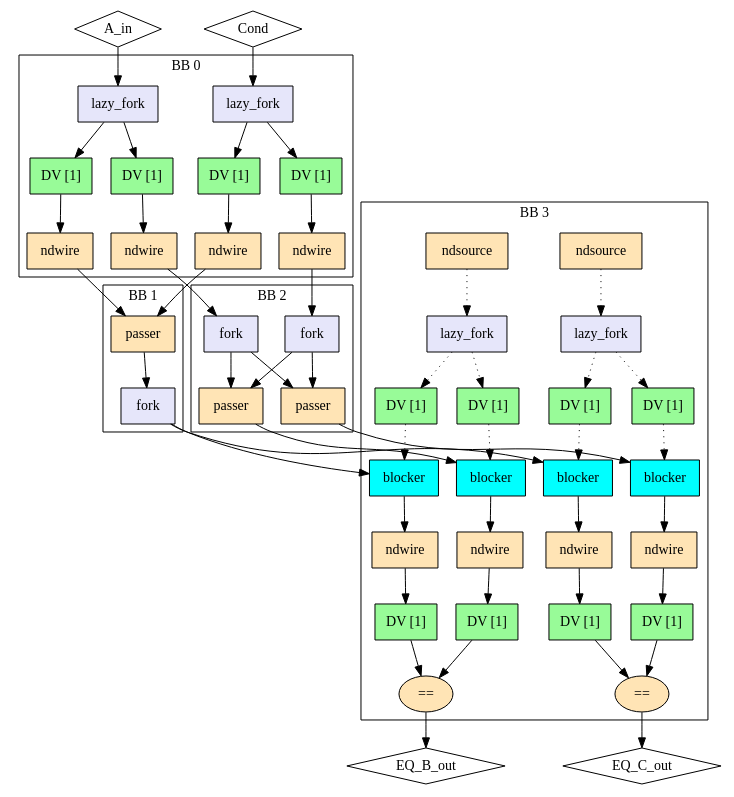
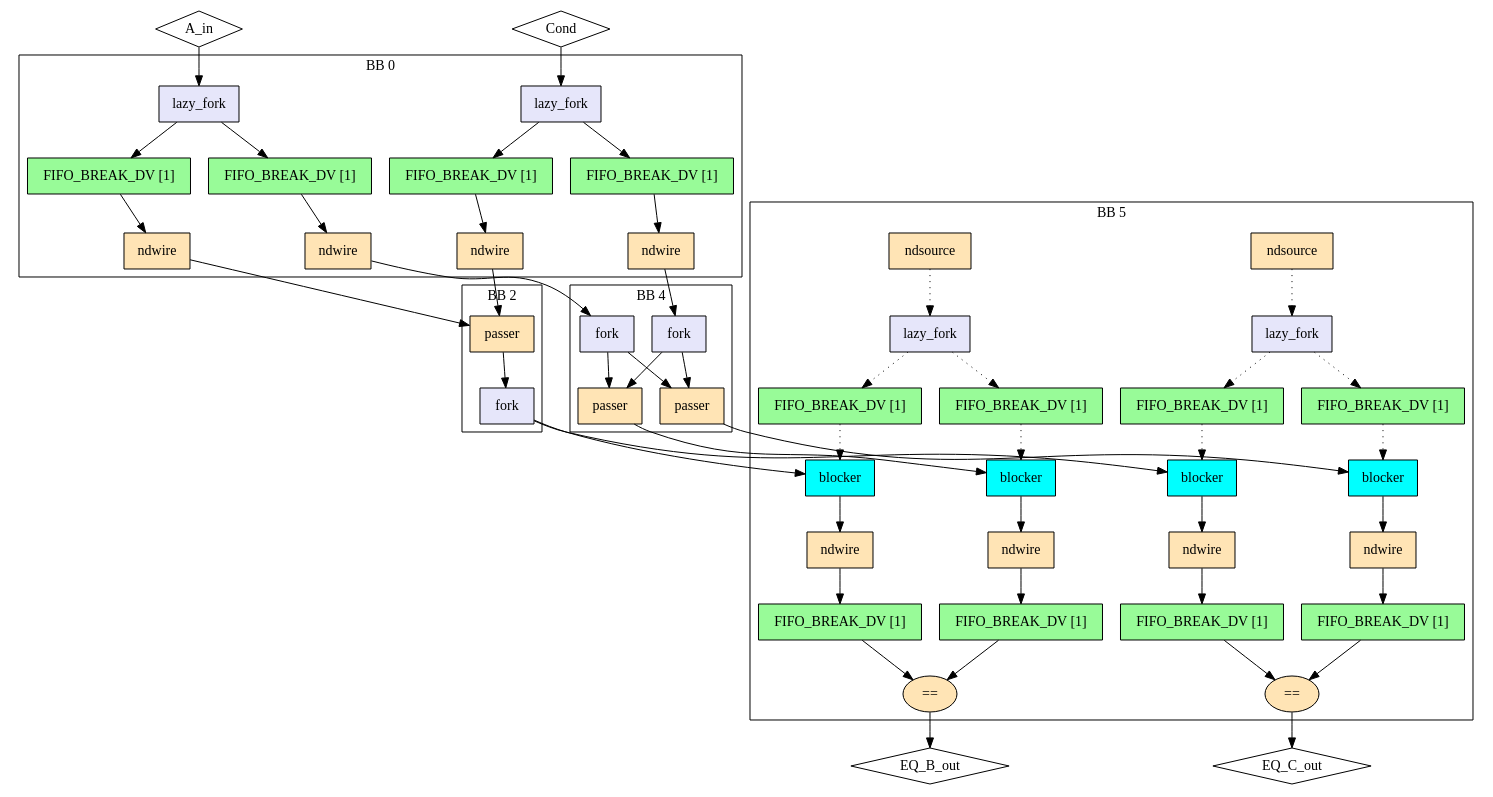
Before and after one commit to EPFL-LAP/dynamatic: the diagram in experimental/tools/elastic-miter/out/sup_fork/miter/model.dot, drawn with Graphviz. The commit also changed 454 other files, not shown here.

```diff
--- a/experimental/tools/elastic-miter/out/sup_fork/miter/model.dot
+++ b/experimental/tools/elastic-miter/out/sup_fork/miter/model.dot
@@ -11,22 +11,22 @@
   "rhs_in_ndw_A_in" -> "rhs_fork" ["dir"="both", "style"="solid", "arrowhead"="normal", "from_idx"="0", "to"="ins", "arrowtail"="none", "from"="outs", "to_idx"="0"]
   "lhs_in_ndw_Cond" -> "lhs_passer1" ["dir"="both", "style"="solid", "arrowhead"="normal", "from_idx"="0", "to"="ctrl", "arrowtail"="none", "from"="outs", "to_idx"="1"]
   "rhs_in_ndw_Cond" -> "rhs_fork_cond" ["dir"="both", "style"="solid", "arrowhead"="normal", "from_idx"="0", "to"="ins", "arrowtail"="none", "from"="outs", "to_idx"="0"]
-  "lhs_fork" -> "out_lhs_bl_B_out" ["dir"="both", "style"="solid", "arrowhead"="normal", "from_idx"="0", "to"="ins", "arrowtail"="none", "from"="outs_0", "to_idx"="0"]
-  "lhs_fork" -> "out_lhs_bl_C_out" ["dir"="both", "style"="solid", "arrowhead"="normal", "from_idx"="1", "to"="ins", "arrowtail"="none", "from"="outs_1", "to_idx"="0"]
-  "rhs_passer1" -> "out_rhs_bl_B_out" ["dir"="both", "style"="solid", "arrowhead"="normal", "from_idx"="0", "to"="ins", "arrowtail"="none", "from"="result", "to_idx"="0"]
-  "rhs_passer2" -> "out_rhs_bl_C_out" ["dir"="both", "style"="solid", "arrowhead"="normal", "from_idx"="0", "to"="ins", "arrowtail"="none", "from"="result", "to_idx"="0"]
   "out_eq_B_out" -> "EQ_B_out" ["dir"="both", "style"="solid", "arrowhead"="normal", "from_idx"="0", "to"="EQ_B_out", "arrowtail"="none", "from"="result", "to_idx"="0"]
   "out_eq_C_out" -> "EQ_C_out" ["dir"="both", "style"="solid", "arrowhead"="normal", "from_idx"="0", "to"="EQ_C_out", "arrowtail"="none", "from"="result", "to_idx"="1"]
+  "lhs_fork" -> "lhs_out_bl_B_out" ["dir"="both", "style"="solid", "arrowhead"="normal", "from_idx"="0", "to"="ins", "arrowtail"="none", "from"="outs_0", "to_idx"="0"]
+  "lhs_fork" -> "lhs_out_bl_C_out" ["dir"="both", "style"="solid", "arrowhead"="normal", "from_idx"="1", "to"="ins", "arrowtail"="none", "from"="outs_1", "to_idx"="0"]
+  "rhs_passer1" -> "rhs_out_bl_B_out" ["dir"="both", "style"="solid", "arrowhead"="normal", "from_idx"="0", "to"="ins", "arrowtail"="none", "from"="result", "to_idx"="0"]
+  "rhs_passer2" -> "rhs_out_bl_C_out" ["dir"="both", "style"="solid", "arrowhead"="normal", "from_idx"="0", "to"="ins", "arrowtail"="none", "from"="result", "to_idx"="0"]
   subgraph cluster0 {
     graph ["label"="BB 0"]
     "in_fork_A_in" ["style"="filled", "fillcolor"="lavender", "shape"="box", "label"="lazy_fork", "mlir_op"="handshake.lazy_fork"]
-    "lhs_in_buf_A_in" ["style"="filled", "fillcolor"="palegreen", "shape"="box", "label"="DV [1]", "mlir_op"="handshake.buffer"]
-    "rhs_in_buf_A_in" ["style"="filled", "fillcolor"="palegreen", "shape"="box", "label"="DV [1]", "mlir_op"="handshake.buffer"]
+    "lhs_in_buf_A_in" ["style"="filled", "fillcolor"="palegreen", "shape"="box", "label"="FIFO_BREAK_DV [1]", "mlir_op"="handshake.buffer"]
+    "rhs_in_buf_A_in" ["style"="filled", "fillcolor"="palegreen", "shape"="box", "label"="FIFO_BREAK_DV [1]", "mlir_op"="handshake.buffer"]
     "lhs_in_ndw_A_in" ["style"="filled", "fillcolor"="moccasin", "shape"="box", "label"="ndwire", "mlir_op"="handshake.ndwire"]
     "rhs_in_ndw_A_in" ["style"="filled", "fillcolor"="moccasin", "shape"="box", "label"="ndwire", "mlir_op"="handshake.ndwire"]
     "in_fork_Cond" ["style"="filled", "fillcolor"="lavender", "shape"="box", "label"="lazy_fork", "mlir_op"="handshake.lazy_fork"]
-    "lhs_in_buf_Cond" ["style"="filled", "fillcolor"="palegreen", "shape"="box", "label"="DV [1]", "mlir_op"="handshake.buffer"]
-    "rhs_in_buf_Cond" ["style"="filled", "fillcolor"="palegreen", "shape"="box", "label"="DV [1]", "mlir_op"="handshake.buffer"]
+    "lhs_in_buf_Cond" ["style"="filled", "fillcolor"="palegreen", "shape"="box", "label"="FIFO_BREAK_DV [1]", "mlir_op"="handshake.buffer"]
+    "rhs_in_buf_Cond" ["style"="filled", "fillcolor"="palegreen", "shape"="box", "label"="FIFO_BREAK_DV [1]", "mlir_op"="handshake.buffer"]
     "lhs_in_ndw_Cond" ["style"="filled", "fillcolor"="moccasin", "shape"="box", "label"="ndwire", "mlir_op"="handshake.ndwire"]
     "rhs_in_ndw_Cond" ["style"="filled", "fillcolor"="moccasin", "shape"="box", "label"="ndwire", "mlir_op"="handshake.ndwire"]
     "in_fork_A_in" -> "lhs_in_buf_A_in" ["dir"="both", "style"="solid", "arrowhead"="normal", "from_idx"="0", "to"="ins", "arrowtail"="none", "from"="outs_0", "to_idx"="0"]
@@ -38,14 +38,61 @@
     "lhs_in_buf_Cond" -> "lhs_in_ndw_Cond" ["dir"="both", "style"="solid", "arrowhead"="normal", "from_idx"="0", "to"="ins", "arrowtail"="none", "from"="outs", "to_idx"="0"]
     "rhs_in_buf_Cond" -> "rhs_in_ndw_Cond" ["dir"="both", "style"="solid", "arrowhead"="normal", "from_idx"="0", "to"="ins", "arrowtail"="none", "from"="outs", "to_idx"="0"]
   }
-  subgraph cluster1 {
-    graph ["label"="BB 1"]
+  subgraph cluster5 {
+    graph ["label"="BB 5"]
+    "out_nds_B_out" ["style"="filled", "fillcolor"="moccasin", "shape"="box", "label"="ndsource", "mlir_op"="handshake.ndsource"]
+    "out_lf_B_out" ["style"="filled", "fillcolor"="lavender", "shape"="box", "label"="lazy_fork", "mlir_op"="handshake.lazy_fork"]
+    "out_buf_lhs_nds_B_out" ["style"="filled", "fillcolor"="palegreen", "shape"="box", "label"="FIFO_BREAK_DV [1]", "mlir_op"="handshake.buffer"]
+    "out_buf_rhs_nds_B_out" ["style"="filled", "fillcolor"="palegreen", "shape"="box", "label"="FIFO_BREAK_DV [1]", "mlir_op"="handshake.buffer"]
+    "lhs_out_bl_B_out" ["style"="filled", "fillcolor"="cyan", "shape"="box", "label"="blocker", "mlir_op"="handshake.blocker"]
+    "rhs_out_bl_B_out" ["style"="filled", "fillcolor"="cyan", "shape"="box", "label"="blocker", "mlir_op"="handshake.blocker"]
+    "lhs_out_ndw_B_out" ["style"="filled", "fillcolor"="moccasin", "shape"="box", "label"="ndwire", "mlir_op"="handshake.ndwire"]
+    "rhs_out_ndw_B_out" ["style"="filled", "fillcolor"="moccasin", "shape"="box", "label"="ndwire", "mlir_op"="handshake.ndwire"]
+    "lhs_out_buf_B_out" ["style"="filled", "fillcolor"="palegreen", "shape"="box", "label"="FIFO_BREAK_DV [1]", "mlir_op"="handshake.buffer"]
+    "rhs_out_buf_B_out" ["style"="filled", "fillcolor"="palegreen", "shape"="box", "label"="FIFO_BREAK_DV [1]", "mlir_op"="handshake.buffer"]
+    "out_eq_B_out" ["style"="filled", "fillcolor"="moccasin", "shape"="oval", "label"="==", "mlir_op"="handshake.cmpi=="]
+    "out_nds_C_out" ["style"="filled", "fillcolor"="moccasin", "shape"="box", "label"="ndsource", "mlir_op"="handshake.ndsource"]
+    "out_lf_C_out" ["style"="filled", "fillcolor"="lavender", "shape"="box", "label"="lazy_fork", "mlir_op"="handshake.lazy_fork"]
+    "out_buf_lhs_nds_C_out" ["style"="filled", "fillcolor"="palegreen", "shape"="box", "label"="FIFO_BREAK_DV [1]", "mlir_op"="handshake.buffer"]
+    "out_buf_rhs_nds_C_out" ["style"="filled", "fillcolor"="palegreen", "shape"="box", "label"="FIFO_BREAK_DV [1]", "mlir_op"="handshake.buffer"]
+    "lhs_out_bl_C_out" ["style"="filled", "fillcolor"="cyan", "shape"="box", "label"="blocker", "mlir_op"="handshake.blocker"]
+    "rhs_out_bl_C_out" ["style"="filled", "fillcolor"="cyan", "shape"="box", "label"="blocker", "mlir_op"="handshake.blocker"]
+    "lhs_out_ndw_C_out" ["style"="filled", "fillcolor"="moccasin", "shape"="box", "label"="ndwire", "mlir_op"="handshake.ndwire"]
+    "rhs_out_ndw_C_out" ["style"="filled", "fillcolor"="moccasin", "shape"="box", "label"="ndwire", "mlir_op"="handshake.ndwire"]
+    "lhs_out_buf_C_out" ["style"="filled", "fillcolor"="palegreen", "shape"="box", "label"="FIFO_BREAK_DV [1]", "mlir_op"="handshake.buffer"]
+    "rhs_out_buf_C_out" ["style"="filled", "fillcolor"="palegreen", "shape"="box", "label"="FIFO_BREAK_DV [1]", "mlir_op"="handshake.buffer"]
+    "out_eq_C_out" ["style"="filled", "fillcolor"="moccasin", "shape"="oval", "label"="==", "mlir_op"="handshake.cmpi=="]
+    "out_nds_B_out" -> "out_lf_B_out" ["dir"="both", "style"="dotted", "arrowhead"="normal", "from_idx"="0", "to"="ins", "arrowtail"="none", "from"="result", "to_idx"="0"]
+    "out_lf_B_out" -> "out_buf_lhs_nds_B_out" ["dir"="both", "style"="dotted", "arrowhead"="normal", "from_idx"="0", "to"="ins", "arrowtail"="none", "from"="outs_0", "to_idx"="0"]
+    "out_lf_B_out" -> "out_buf_rhs_nds_B_out" ["dir"="both", "style"="dotted", "arrowhead"="normal", "from_idx"="1", "to"="ins", "arrowtail"="none", "from"="outs_1", "to_idx"="0"]
+    "out_buf_lhs_nds_B_out" -> "lhs_out_bl_B_out" ["dir"="both", "style"="dotted", "arrowhead"="normal", "from_idx"="0", "to"="ctrl", "arrowtail"="none", "from"="outs", "to_idx"="1"]
+    "out_buf_rhs_nds_B_out" -> "rhs_out_bl_B_out" ["dir"="both", "style"="dotted", "arrowhead"="normal", "from_idx"="0", "to"="ctrl", "arrowtail"="none", "from"="outs", "to_idx"="1"]
+    "lhs_out_bl_B_out" -> "lhs_out_ndw_B_out" ["dir"="both", "style"="solid", "arrowhead"="normal", "from_idx"="0", "to"="ins", "arrowtail"="none", "from"="outs", "to_idx"="0"]
+    "rhs_out_bl_B_out" -> "rhs_out_ndw_B_out" ["dir"="both", "style"="solid", "arrowhead"="normal", "from_idx"="0", "to"="ins", "arrowtail"="none", "from"="outs", "to_idx"="0"]
+    "lhs_out_ndw_B_out" -> "lhs_out_buf_B_out" ["dir"="both", "style"="solid", "arrowhead"="normal", "from_idx"="0", "to"="ins", "arrowtail"="none", "from"="outs", "to_idx"="0"]
+    "rhs_out_ndw_B_out" -> "rhs_out_buf_B_out" ["dir"="both", "style"="solid", "arrowhead"="normal", "from_idx"="0", "to"="ins", "arrowtail"="none", "from"="outs", "to_idx"="0"]
+    "lhs_out_buf_B_out" -> "out_eq_B_out" ["dir"="both", "style"="solid", "arrowhead"="normal", "from_idx"="0", "to"="lhs", "arrowtail"="none", "from"="outs", "to_idx"="0"]
+    "rhs_out_buf_B_out" -> "out_eq_B_out" ["dir"="both", "style"="solid", "arrowhead"="normal", "from_idx"="0", "to"="rhs", "arrowtail"="none", "from"="outs", "to_idx"="1"]
+    "out_nds_C_out" -> "out_lf_C_out" ["dir"="both", "style"="dotted", "arrowhead"="normal", "from_idx"="0", "to"="ins", "arrowtail"="none", "from"="result", "to_idx"="0"]
+    "out_lf_C_out" -> "out_buf_lhs_nds_C_out" ["dir"="both", "style"="dotted", "arrowhead"="normal", "from_idx"="0", "to"="ins", "arrowtail"="none", "from"="outs_0", "to_idx"="0"]
+    "out_lf_C_out" -> "out_buf_rhs_nds_C_out" ["dir"="both", "style"="dotted", "arrowhead"="normal", "from_idx"="1", "to"="ins", "arrowtail"="none", "from"="outs_1", "to_idx"="0"]
+    "out_buf_lhs_nds_C_out" -> "lhs_out_bl_C_out" ["dir"="both", "style"="dotted", "arrowhead"="normal", "from_idx"="0", "to"="ctrl", "arrowtail"="none", "from"="outs", "to_idx"="1"]
+    "out_buf_rhs_nds_C_out" -> "rhs_out_bl_C_out" ["dir"="both", "style"="dotted", "arrowhead"="normal", "from_idx"="0", "to"="ctrl", "arrowtail"="none", "from"="outs", "to_idx"="1"]
+    "lhs_out_bl_C_out" -> "lhs_out_ndw_C_out" ["dir"="both", "style"="solid", "arrowhead"="normal", "from_idx"="0", "to"="ins", "arrowtail"="none", "from"="outs", "to_idx"="0"]
+    "rhs_out_bl_C_out" -> "rhs_out_ndw_C_out" ["dir"="both", "style"="solid", "arrowhead"="normal", "from_idx"="0", "to"="ins", "arrowtail"="none", "from"="outs", "to_idx"="0"]
+    "lhs_out_ndw_C_out" -> "lhs_out_buf_C_out" ["dir"="both", "style"="solid", "arrowhead"="normal", "from_idx"="0", "to"="ins", "arrowtail"="none", "from"="outs", "to_idx"="0"]
+    "rhs_out_ndw_C_out" -> "rhs_out_buf_C_out" ["dir"="both", "style"="solid", "arrowhead"="normal", "from_idx"="0", "to"="ins", "arrowtail"="none", "from"="outs", "to_idx"="0"]
+    "lhs_out_buf_C_out" -> "out_eq_C_out" ["dir"="both", "style"="solid", "arrowhead"="normal", "from_idx"="0", "to"="lhs", "arrowtail"="none", "from"="outs", "to_idx"="0"]
+    "rhs_out_buf_C_out" -> "out_eq_C_out" ["dir"="both", "style"="solid", "arrowhead"="normal", "from_idx"="0", "to"="rhs", "arrowtail"="none", "from"="outs", "to_idx"="1"]
+  }
+  subgraph cluster2 {
+    graph ["label"="BB 2"]
     "lhs_passer1" ["style"="filled", "fillcolor"="moccasin", "shape"="box", "label"="passer", "mlir_op"="handshake.passer"]
     "lhs_fork" ["style"="filled", "fillcolor"="lavender", "shape"="box", "label"="fork", "mlir_op"="handshake.fork"]
     "lhs_passer1" -> "lhs_fork" ["dir"="both", "style"="solid", "arrowhead"="normal", "from_idx"="0", "to"="ins", "arrowtail"="none", "from"="result", "to_idx"="0"]
   }
-  subgraph cluster2 {
-    graph ["label"="BB 2"]
+  subgraph cluster4 {
+    graph ["label"="BB 4"]
     "rhs_fork" ["style"="filled", "fillcolor"="lavender", "shape"="box", "label"="fork", "mlir_op"="handshake.fork"]
     "rhs_fork_cond" ["style"="filled", "fillcolor"="lavender", "shape"="box", "label"="fork", "mlir_op"="handshake.fork"]
     "rhs_passer1" ["style"="filled", "fillcolor"="moccasin", "shape"="box", "label"="passer", "mlir_op"="handshake.passer"]
@@ -55,51 +102,4 @@
     "rhs_fork_cond" -> "rhs_passer1" ["dir"="both", "style"="solid", "arrowhead"="normal", "from_idx"="0", "to"="ctrl", "arrowtail"="none", "from"="outs_0", "to_idx"="1"]
     "rhs_fork_cond" -> "rhs_passer2" ["dir"="both", "style"="solid", "arrowhead"="normal", "from_idx"="1", "to"="ctrl", "arrowtail"="none", "from"="outs_1", "to_idx"="1"]
   }
-  subgraph cluster3 {
-    graph ["label"="BB 3"]
-    "out_nds_B_out" ["style"="filled", "fillcolor"="moccasin", "shape"="box", "label"="ndsource", "mlir_op"="handshake.ndsource"]
-    "out_lf_B_out" ["style"="filled", "fillcolor"="lavender", "shape"="box", "label"="lazy_fork", "mlir_op"="handshake.lazy_fork"]
-    "out_buf_lhs_nds_B_out" ["style"="filled", "fillcolor"="palegreen", "shape"="box", "label"="DV [1]", "mlir_op"="handshake.buffer"]
-    "out_buf_rhs_nds_B_out" ["style"="filled", "fillcolor"="palegreen", "shape"="box", "label"="DV [1]", "mlir_op"="handshake.buffer"]
-    "out_lhs_bl_B_out" ["style"="filled", "fillcolor"="cyan", "shape"="box", "label"="blocker", "mlir_op"="handshake.blocker"]
-    "out_rhs_bl_B_out" ["style"="filled", "fillcolor"="cyan", "shape"="box", "label"="blocker", "mlir_op"="handshake.blocker"]
-    "lhs_out_ndw_B_out" ["style"="filled", "fillcolor"="moccasin", "shape"="box", "label"="ndwire", "mlir_op"="handshake.ndwire"]
-    "rhs_out_ndw_B_out" ["style"="filled", "fillcolor"="moccasin", "shape"="box", "label"="ndwire", "mlir_op"="handshake.ndwire"]
-    "lhs_out_buf_B_out" ["style"="filled", "fillcolor"="palegreen", "shape"="box", "label"="DV [1]", "mlir_op"="handshake.buffer"]
-    "rhs_out_buf_B_out" ["style"="filled", "fillcolor"="palegreen", "shape"="box", "label"="DV [1]", "mlir_op"="handshake.buffer"]
-    "out_eq_B_out" ["style"="filled", "fillcolor"="moccasin", "shape"="oval", "label"="==", "mlir_op"="handshake.cmpi=="]
-    "out_nds_C_out" ["style"="filled", "fillcolor"="moccasin", "shape"="box", "label"="ndsource", "mlir_op"="handshake.ndsource"]
-    "out_lf_C_out" ["style"="filled", "fillcolor"="lavender", "shape"="box", "label"="lazy_fork", "mlir_op"="handshake.lazy_fork"]
-    "out_buf_lhs_nds_C_out" ["style"="filled", "fillcolor"="palegreen", "shape"="box", "label"="DV [1]", "mlir_op"="handshake.buffer"]
-    "out_buf_rhs_nds_C_out" ["style"="filled", "fillcolor"="palegreen", "shape"="box", "label"="DV [1]", "mlir_op"="handshake.buffer"]
-    "out_lhs_bl_C_out" ["style"="filled", "fillcolor"="cyan", "shape"="box", "label"="blocker", "mlir_op"="handshake.blocker"]
-    "out_rhs_bl_C_out" ["style"="filled", "fillcolor"="cyan", "shape"="box", "label"="blocker", "mlir_op"="handshake.blocker"]
-    "lhs_out_ndw_C_out" ["style"="filled", "fillcolor"="moccasin", "shape"="box", "label"="ndwire", "mlir_op"="handshake.ndwire"]
-    "rhs_out_ndw_C_out" ["style"="filled", "fillcolor"="moccasin", "shape"="box", "label"="ndwire", "mlir_op"="handshake.ndwire"]
-    "lhs_out_buf_C_out" ["style"="filled", "fillcolor"="palegreen", "shape"="box", "label"="DV [1]", "mlir_op"="handshake.buffer"]
-    "rhs_out_buf_C_out" ["style"="filled", "fillcolor"="palegreen", "shape"="box", "label"="DV [1]", "mlir_op"="handshake.buffer"]
-    "out_eq_C_out" ["style"="filled", "fillcolor"="moccasin", "shape"="oval", "label"="==", "mlir_op"="handshake.cmpi=="]
-    "out_nds_B_out" -> "out_lf_B_out" ["dir"="both", "style"="dotted", "arrowhead"="normal", "from_idx"="0", "to"="ins", "arrowtail"="none", "from"="result", "to_idx"="0"]
-    "out_lf_B_out" -> "out_buf_lhs_nds_B_out" ["dir"="both", "style"="dotted", "arrowhead"="normal", "from_idx"="0", "to"="ins", "arrowtail"="none", "from"="outs_0", "to_idx"="0"]
-    "out_lf_B_out" -> "out_buf_rhs_nds_B_out" ["dir"="both", "style"="dotted", "arrowhead"="normal", "from_idx"="1", "to"="ins", "arrowtail"="none", "from"="outs_1", "to_idx"="0"]
-    "out_buf_lhs_nds_B_out" -> "out_lhs_bl_B_out" ["dir"="both", "style"="dotted", "arrowhead"="normal", "from_idx"="0", "to"="ctrl", "arrowtail"="none", "from"="outs", "to_idx"="1"]
-    "out_buf_rhs_nds_B_out" -> "out_rhs_bl_B_out" ["dir"="both", "style"="dotted", "arrowhead"="normal", "from_idx"="0", "to"="ctrl", "arrowtail"="none", "from"="outs", "to_idx"="1"]
-    "out_lhs_bl_B_out" -> "lhs_out_ndw_B_out" ["dir"="both", "style"="solid", "arrowhead"="normal", "from_idx"="0", "to"="ins", "arrowtail"="none", "from"="outs", "to_idx"="0"]
-    "out_rhs_bl_B_out" -> "rhs_out_ndw_B_out" ["dir"="both", "style"="solid", "arrowhead"="normal", "from_idx"="0", "to"="ins", "arrowtail"="none", "from"="outs", "to_idx"="0"]
-    "lhs_out_ndw_B_out" -> "lhs_out_buf_B_out" ["dir"="both", "style"="solid", "arrowhead"="normal", "from_idx"="0", "to"="ins", "arrowtail"="none", "from"="outs", "to_idx"="0"]
-    "rhs_out_ndw_B_out" -> "rhs_out_buf_B_out" ["dir"="both", "style"="solid", "arrowhead"="normal", "from_idx"="0", "to"="ins", "arrowtail"="none", "from"="outs", "to_idx"="0"]
-    "lhs_out_buf_B_out" -> "out_eq_B_out" ["dir"="both", "style"="solid", "arrowhead"="normal", "from_idx"="0", "to"="lhs", "arrowtail"="none", "from"="outs", "to_idx"="0"]
-    "rhs_out_buf_B_out" -> "out_eq_B_out" ["dir"="both", "style"="solid", "arrowhead"="normal", "from_idx"="0", "to"="rhs", "arrowtail"="none", "from"="outs", "to_idx"="1"]
-    "out_nds_C_out" -> "out_lf_C_out" ["dir"="both", "style"="dotted", "arrowhead"="normal", "from_idx"="0", "to"="ins", "arrowtail"="none", "from"="result", "to_idx"="0"]
-    "out_lf_C_out" -> "out_buf_lhs_nds_C_out" ["dir"="both", "style"="dotted", "arrowhead"="normal", "from_idx"="0", "to"="ins", "arrowtail"="none", "from"="outs_0", "to_idx"="0"]
-    "out_lf_C_out" -> "out_buf_rhs_nds_C_out" ["dir"="both", "style"="dotted", "arrowhead"="normal", "from_idx"="1", "to"="ins", "arrowtail"="none", "from"="outs_1", "to_idx"="0"]
-    "out_buf_lhs_nds_C_out" -> "out_lhs_bl_C_out" ["dir"="both", "style"="dotted", "arrowhead"="normal", "from_idx"="0", "to"="ctrl", "arrowtail"="none", "from"="outs", "to_idx"="1"]
-    "out_buf_rhs_nds_C_out" -> "out_rhs_bl_C_out" ["dir"="both", "style"="dotted", "arrowhead"="normal", "from_idx"="0", "to"="ctrl", "arrowtail"="none", "from"="outs", "to_idx"="1"]
-    "out_lhs_bl_C_out" -> "lhs_out_ndw_C_out" ["dir"="both", "style"="solid", "arrowhead"="normal", "from_idx"="0", "to"="ins", "arrowtail"="none", "from"="outs", "to_idx"="0"]
-    "out_rhs_bl_C_out" -> "rhs_out_ndw_C_out" ["dir"="both", "style"="solid", "arrowhead"="normal", "from_idx"="0", "to"="ins", "arrowtail"="none", "from"="outs", "to_idx"="0"]
-    "lhs_out_ndw_C_out" -> "lhs_out_buf_C_out" ["dir"="both", "style"="solid", "arrowhead"="normal", "from_idx"="0", "to"="ins", "arrowtail"="none", "from"="outs", "to_idx"="0"]
-    "rhs_out_ndw_C_out" -> "rhs_out_buf_C_out" ["dir"="both", "style"="solid", "arrowhead"="normal", "from_idx"="0", "to"="ins", "arrowtail"="none", "from"="outs", "to_idx"="0"]
-    "lhs_out_buf_C_out" -> "out_eq_C_out" ["dir"="both", "style"="solid", "arrowhead"="normal", "from_idx"="0", "to"="lhs", "arrowtail"="none", "from"="outs", "to_idx"="0"]
-    "rhs_out_buf_C_out" -> "out_eq_C_out" ["dir"="both", "style"="solid", "arrowhead"="normal", "from_idx"="0", "to"="rhs", "arrowtail"="none", "from"="outs", "to_idx"="1"]
-  }
 }
```
